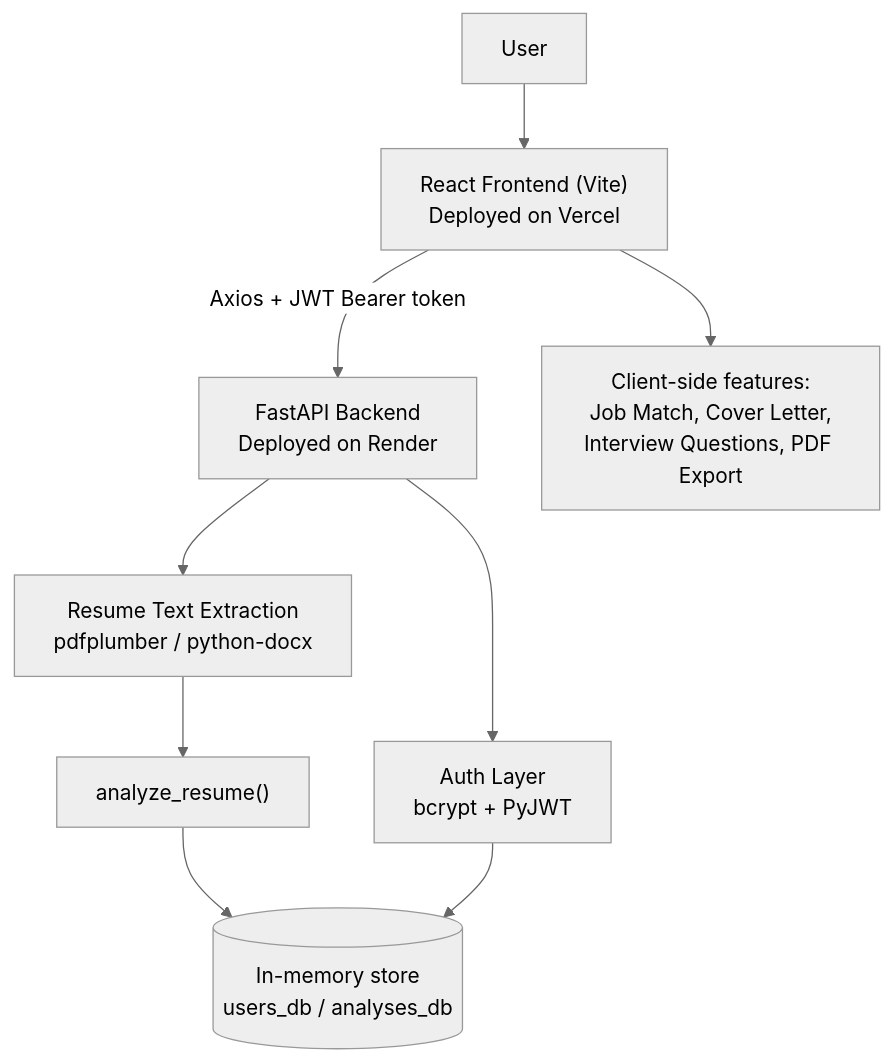
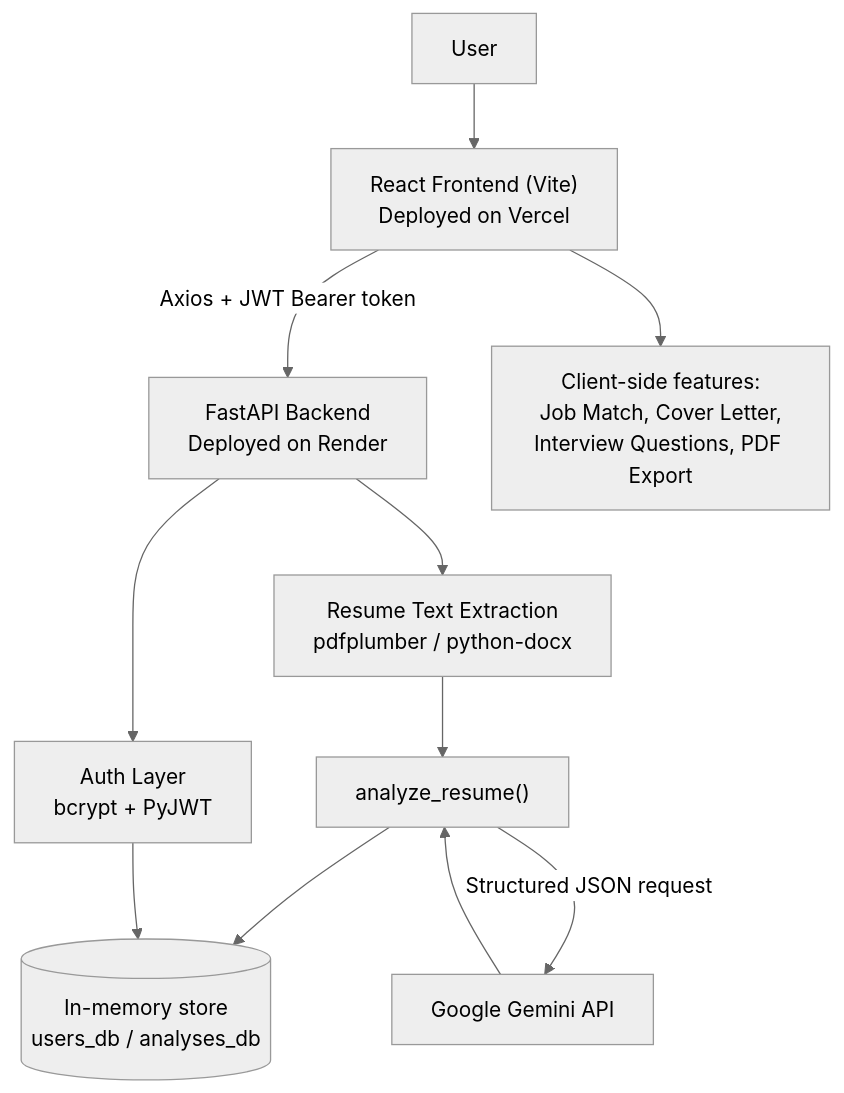
The diagram in README.md (Chittalasailu/AI-Resume-Analyzer), drawn with Mermaid (neutral theme) before and after one commit. The commit also changed other lines of this file and 18 other files, not shown here.

````diff
--- a/README.md
+++ b/README.md
@@ -61,11 +64,13 @@
 ```mermaid
 flowchart TD
     U[User] --> FE["React Frontend (Vite)<br/>Deployed on Vercel"]
     FE -->|Axios + JWT Bearer token| BE["FastAPI Backend<br/>Deployed on Render"]
     FE --> CLIENT["Client-side features:<br/>Job Match, Cover Letter,<br/>Interview Questions, PDF Export"]
     BE --> AUTH["Auth Layer<br/>bcrypt + PyJWT"]
     BE --> PARSE["Resume Text Extraction<br/>pdfplumber / python-docx"]
     PARSE --> ANALYZE["analyze_resume()"]
+    ANALYZE -->|Structured JSON request| GEMINI["Google Gemini API"]
+    GEMINI --> ANALYZE
     ANALYZE --> STORE[("In-memory store<br/>users_db / analyses_db")]
     AUTH --> STORE
 ```
````
